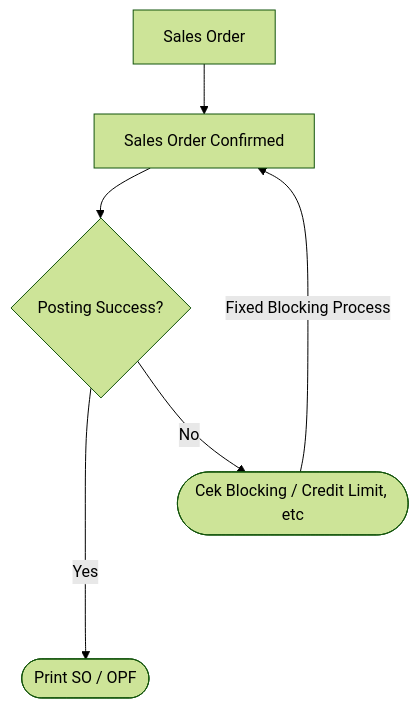
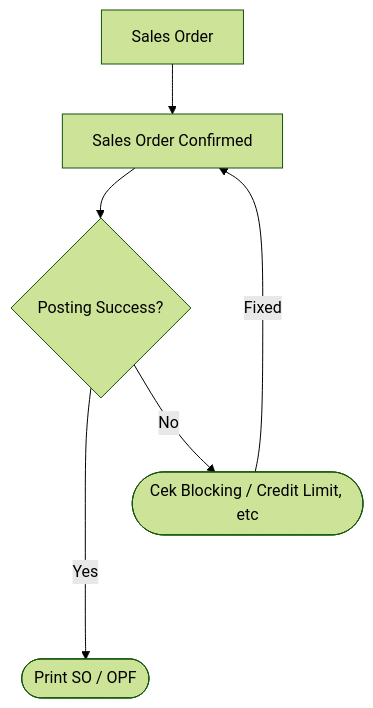
Before and after one commit to andyut/cnw_doc: the diagram in cnw_trc_doc.md, drawn with Mermaid (forest theme). The commit also changed other lines of this file, not shown here.

````diff
--- a/cnw_trc_doc.md
+++ b/cnw_trc_doc.md
@@ -26,11 +26,11 @@
 ```mermaid
 graph TD
 A[Sales Order] --> A1[Sales Order Confirmed]
 A1 -->A2{Posting Success?}
 
-A3 -->|Fixed Blocking Process| A1
+A3 -->|Fixed| A1
 A2 ---->|Yes| A4([Print SO / OPF])
 A2 -->|No| A3([Cek Blocking / Credit Limit, etc])
 
 
 ```
````
